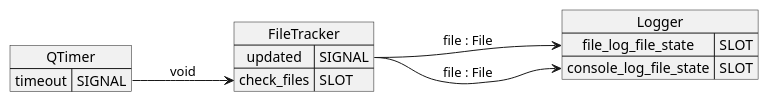
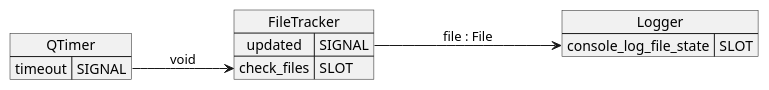
The diagram in UML/signal_slot.puml (insert-zkm/QTConsoleFileManager), drawn with PlantUML before and after one commit.

```diff
--- a/UML/signal_slot.puml
+++ b/UML/signal_slot.puml
@@ -1,20 +1,18 @@
 @startuml gwe
 left to right direction
 
 map QTimer {
     timeout=>SIGNAL
 }
 
 map FileTracker {
     updated=>SIGNAL
     check_files=>SLOT
 }
 
 map Logger {
-    file_log_file_state=>SLOT
     console_log_file_state=>SLOT
 }
 QTimer::timeout --> FileTracker::check_files : void
-FileTracker::updated ---> Logger::file_log_file_state : "file : File"
 FileTracker::updated ---> Logger::console_log_file_state : "file : File"
 @enduml
```
